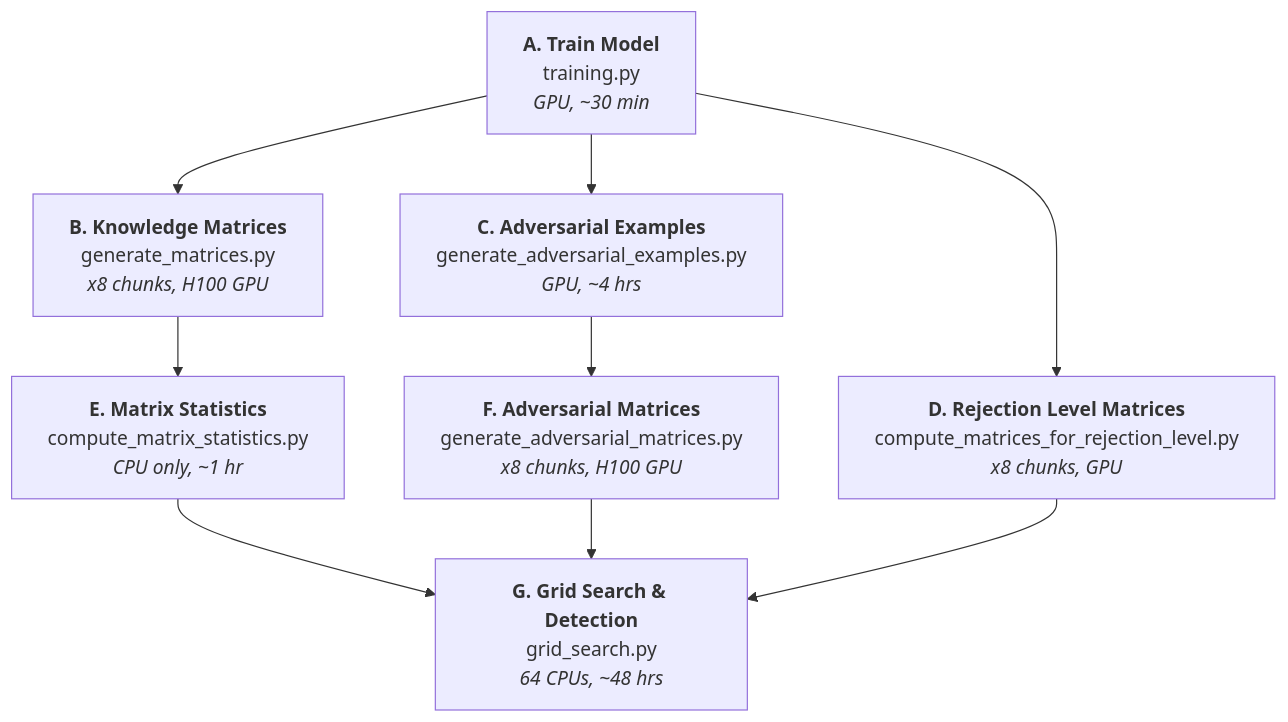
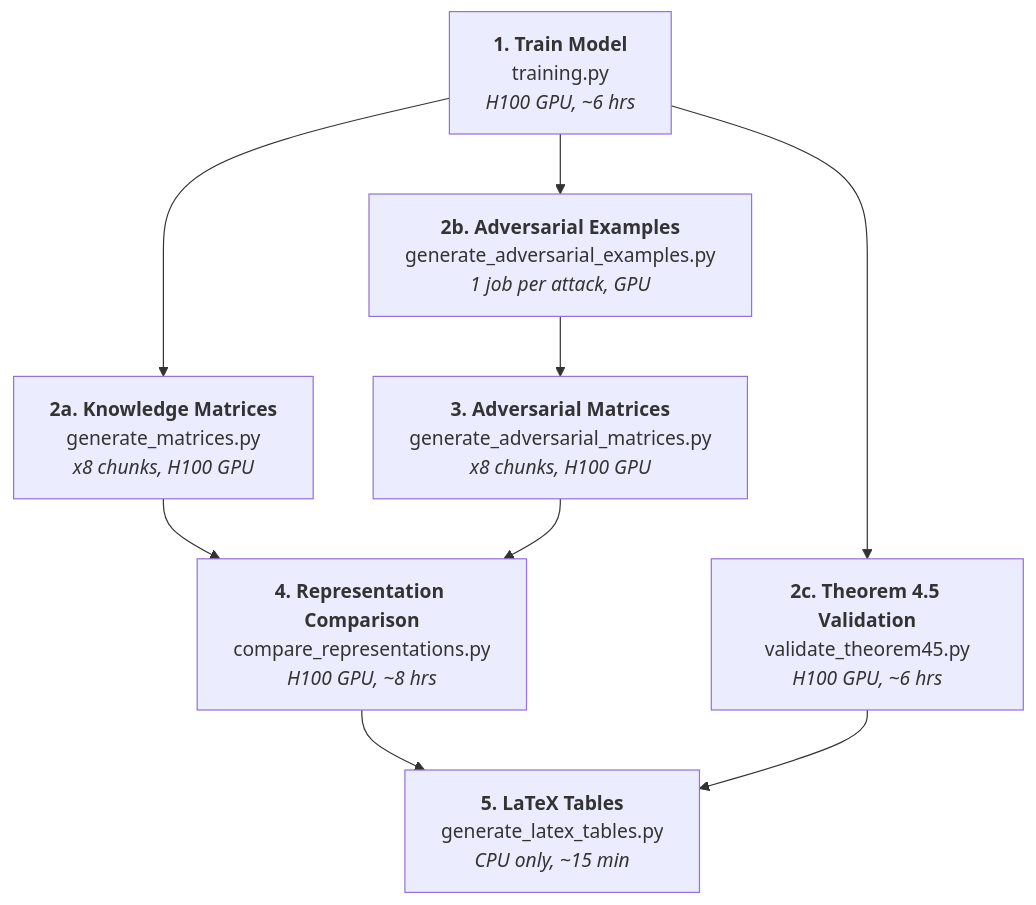
The diagram in README.md (samueleblanc/Hidden-Activations-are-not-Enough), drawn with Mermaid before and after one commit. The commit also changed other lines of this file and 25 other files, not shown here.

````diff
--- a/README.md
+++ b/README.md
@@ -15,19 +15,19 @@
 ```mermaid
 flowchart TD
-    A["<b>A. Train Model</b><br/>training.py<br/><i>GPU, ~30 min</i>"]
-    B["<b>B. Knowledge Matrices</b><br/>generate_matrices.py<br/><i>x8 chunks, H100 GPU</i>"]
-    C["<b>C. Adversarial Examples</b><br/>generate_adversarial_examples.py<br/><i>GPU, ~4 hrs</i>"]
-    D["<b>D. Rejection Level Matrices</b><br/>compute_matrices_for_rejection_level.py<br/><i>x8 chunks, GPU</i>"]
-    E["<b>E. Matrix Statistics</b><br/>compute_matrix_statistics.py<br/><i>CPU only, ~1 hr</i>"]
-    F["<b>F. Adversarial Matrices</b><br/>generate_adversarial_matrices.py<br/><i>x8 chunks, H100 GPU</i>"]
-    G["<b>G. Grid Search & Detection</b><br/>grid_search.py<br/><i>64 CPUs, ~48 hrs</i>"]
+    S1["<b>1. Train Model</b><br/>training.py<br/><i>H100 GPU, ~6 hrs</i>"]
+    S2a["<b>2a. Knowledge Matrices</b><br/>generate_matrices.py<br/><i>x8 chunks, H100 GPU</i>"]
+    S2b["<b>2b. Adversarial Examples</b><br/>generate_adversarial_examples.py<br/><i>1 job per attack, GPU</i>"]
+    S2c["<b>2c. Theorem 4.5 Validation</b><br/>validate_theorem45.py<br/><i>H100 GPU, ~6 hrs</i>"]
+    S3["<b>3. Adversarial Matrices</b><br/>generate_adversarial_matrices.py<br/><i>x8 chunks, H100 GPU</i>"]
+    S4["<b>4. Representation Comparison</b><br/>compare_representations.py<br/><i>H100 GPU, ~8 hrs</i>"]
+    S5["<b>5. LaTeX Tables</b><br/>generate_latex_tables.py<br/><i>CPU only, ~15 min</i>"]
 
-    A --> B
-    A --> C
-    A --> D
-    B --> E
-    C --> F
-    E --> G
-    F --> G
-    D --> G
+    S1 --> S2a
+    S1 --> S2b
+    S1 --> S2c
+    S2a --> S4
+    S2b --> S3
+    S3 --> S4
+    S4 --> S5
+    S2c --> S5
 ```
````
